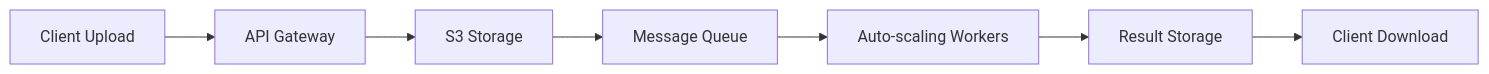
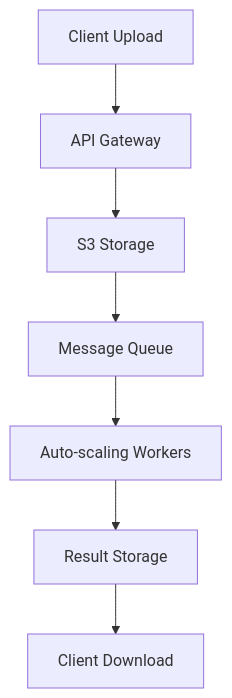
The diagram in README.md (hurryingauto3/fileops), drawn with Mermaid before and after one commit.

Commit message:
Readme updated

````diff
--- a/README.md
+++ b/README.md
@@ -26,9 +26,9 @@
 ```mermaid
-graph LR
+graph TD
     A[Client Upload] --> B[API Gateway]
     B --> C[S3 Storage]
     C --> D[Message Queue]
     D --> E[Auto-scaling Workers]
     E --> F[Result Storage]
     F --> G[Client Download]
 ```
````
